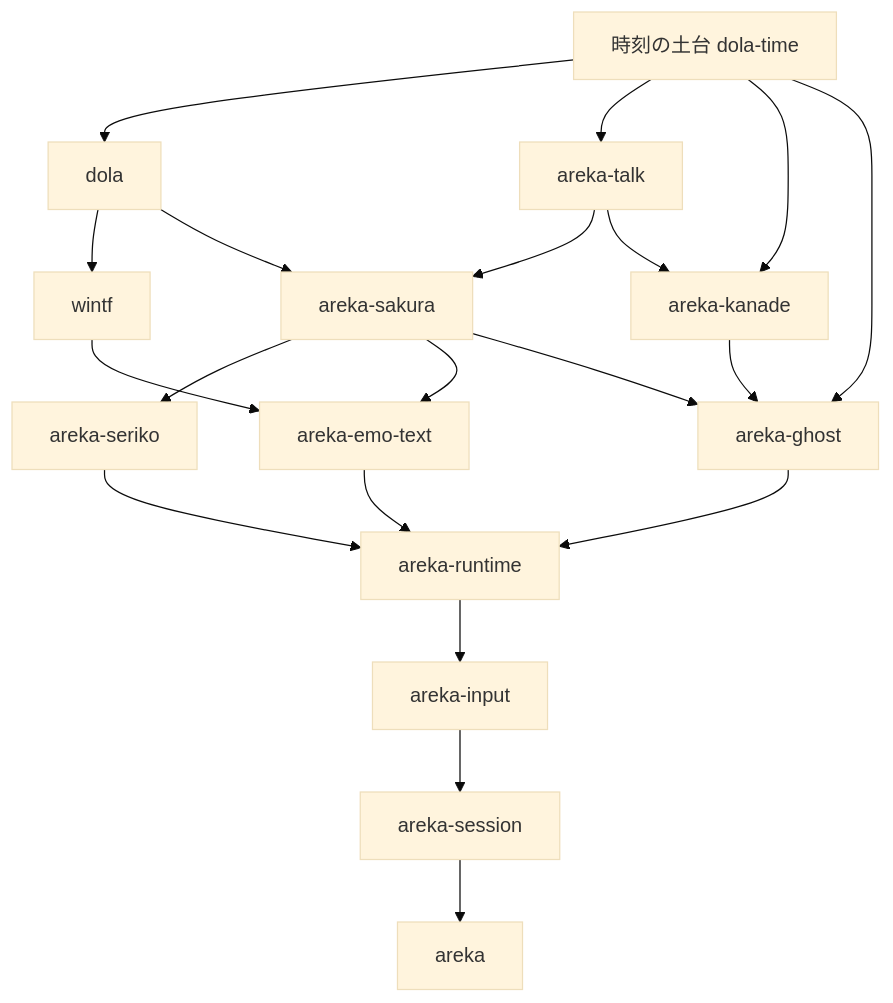
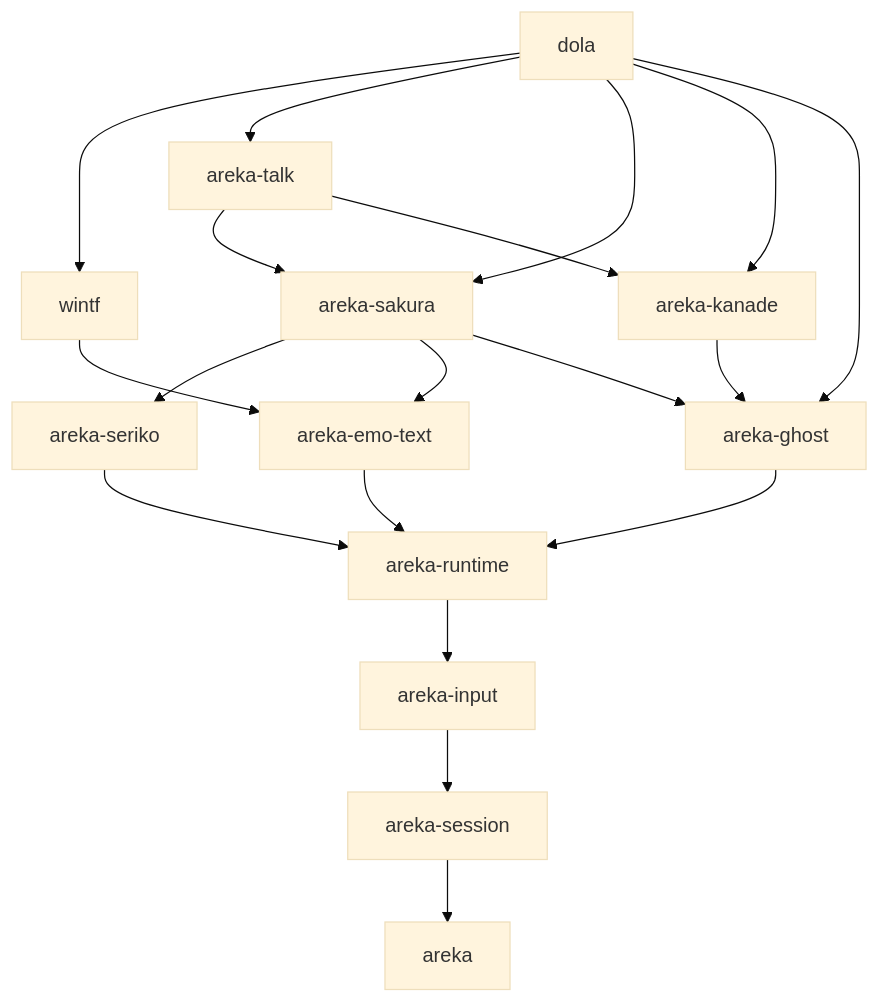
The first of 4 diagrams in .kiro/specs/dola-interrupt-ticks/design.md (ekicyou/areka), drawn with Mermaid (base theme) before and after one commit. The commit also changed other lines of this file and 2 other files, not shown here.

First line of the commit message:
docs(dola-interrupt-ticks): 設計議題1〜7 を確定

````diff
--- a/.kiro/specs/dola-interrupt-ticks/design.md
+++ b/.kiro/specs/dola-interrupt-ticks/design.md
@@ -87,35 +90,33 @@
 ```mermaid
 graph TB
-    Time[時刻の土台 dola-time]
     Dola[dola]
     Wintf[wintf]
     Talk[areka-talk]
     Sakura[areka-sakura]
     Kanade[areka-kanade]
     Seriko[areka-seriko]
     EmoText[areka-emo-text]
     Ghost[areka-ghost]
     Runtime[areka-runtime]
     Input[areka-input]
     Session[areka-session]
     App[areka]
-    Time --> Dola
-    Time --> Talk
     Dola --> Wintf
+    Dola --> Talk
     Dola --> Sakura
+    Dola --> Kanade
+    Dola --> Ghost
     Talk --> Sakura
     Talk --> Kanade
-    Time --> Kanade
     Sakura --> Seriko
     Sakura --> EmoText
     Wintf --> EmoText
     Sakura --> Ghost
     Kanade --> Ghost
-    Time --> Ghost
     Seriko --> Runtime
     EmoText --> Runtime
     Ghost --> Runtime
     Runtime --> Input
     Input --> Session
     Session --> App
 ```
````
